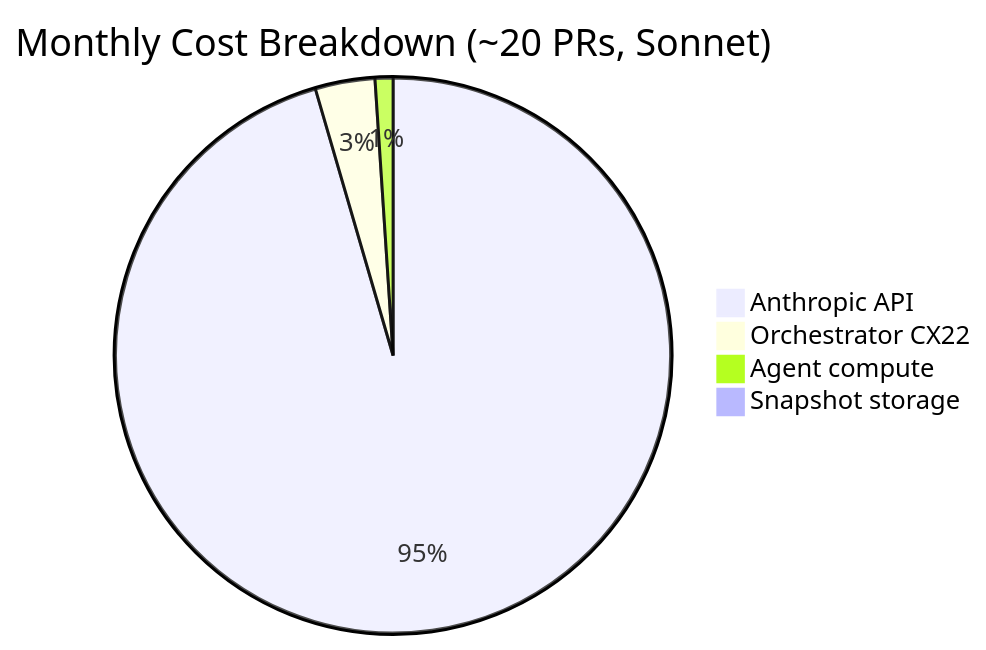
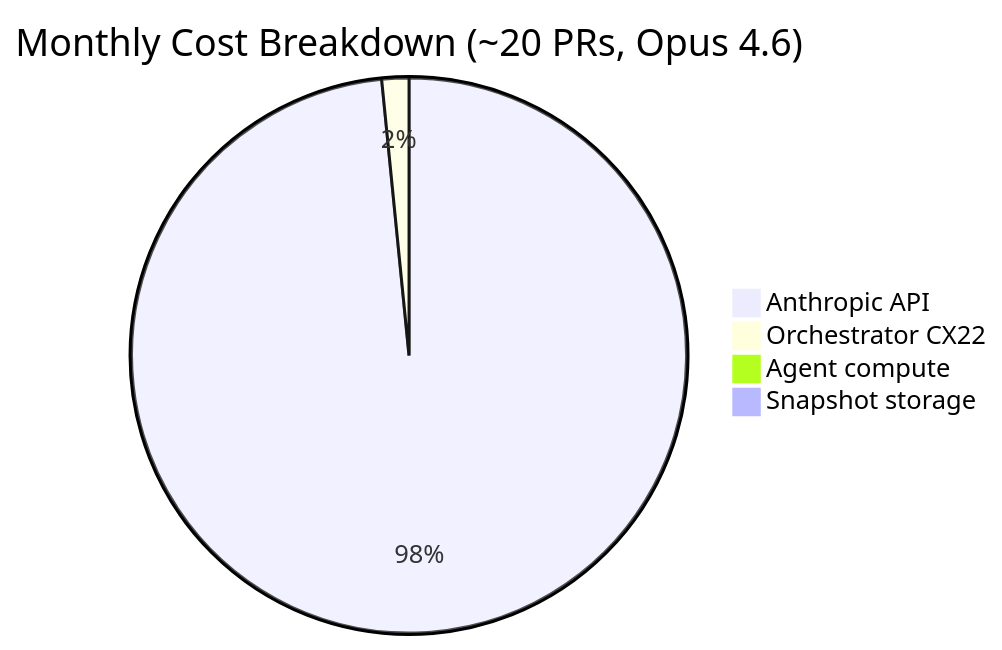
One commit to JetBrains/youtrackdb changed the tenth of 12 diagrams in docs/ai-agent-spec.md. Above: the diagram before and after it, drawn with Mermaid. The commit also changed other lines of this file, not shown here.

First line of the commit message:
Use Claude Opus 4.6 (1M context) exclusively

````diff
--- a/docs/ai-agent-spec.md
+++ b/docs/ai-agent-spec.md
@@ -937,7 +941,7 @@
 ```mermaid
-pie title Monthly Cost Breakdown (~20 PRs, Sonnet)
-    "Anthropic API" : 110
+pie title Monthly Cost Breakdown (~20 PRs, Opus 4.6)
+    "Anthropic API" : 250
     "Orchestrator CX22" : 4
     "Agent compute" : 1.2
     "Snapshot storage" : 1
 ```
````
